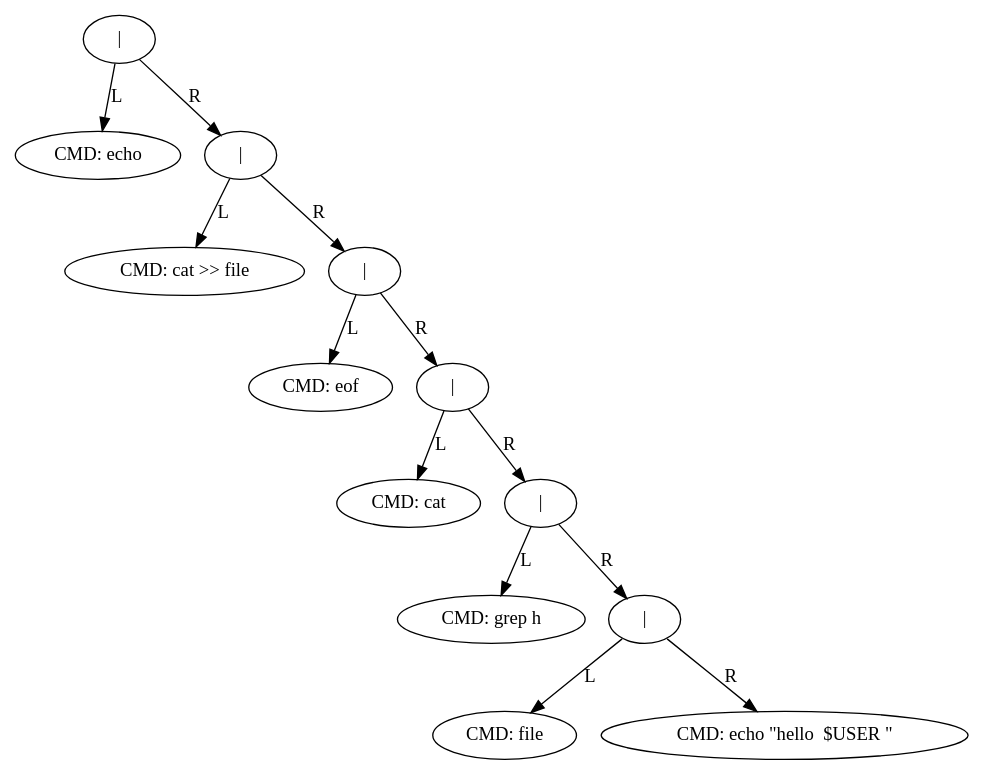
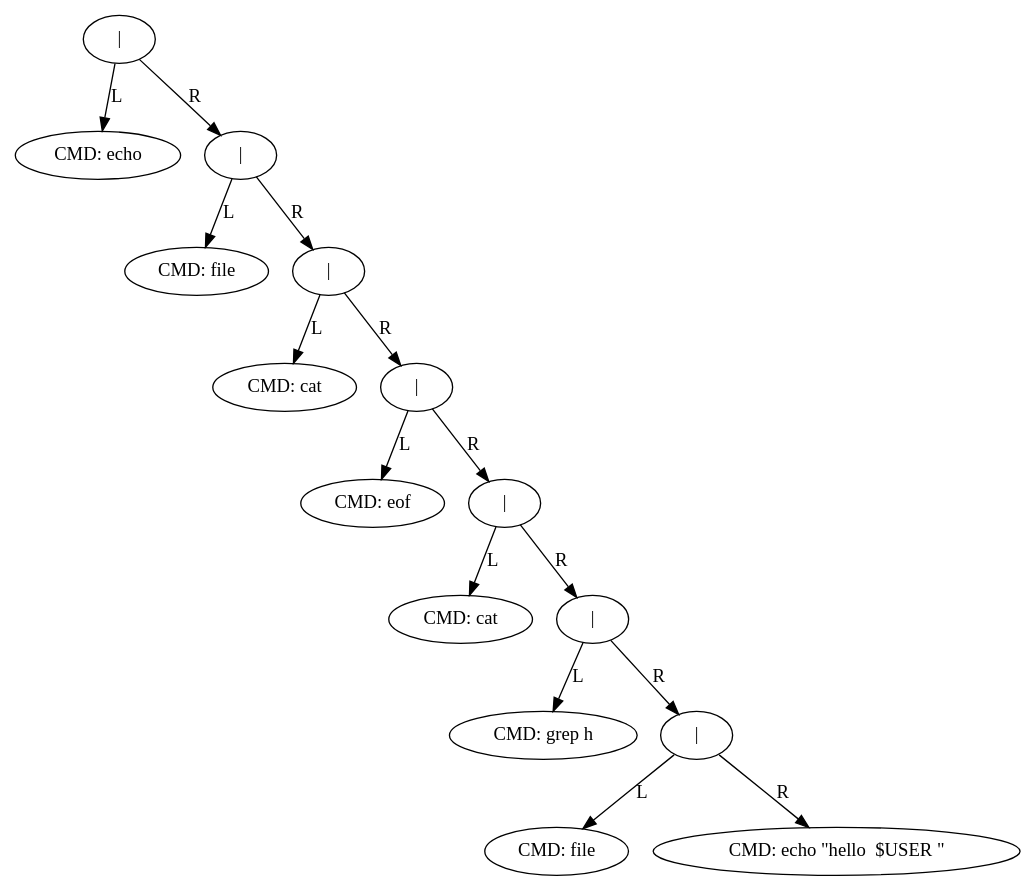
The diagram in ast.dot (elachyry/minishell), drawn with Graphviz before and after one commit. The commit also changed 15 other files, not shown here.

```diff
--- a/ast.dot
+++ b/ast.dot
@@ -1,27 +1,31 @@
 digraph AST {
-"0x6040000009d0" [label="|"];
-"0x6040000009d0" -> "0x604000000950" [label="L"];
-"0x604000000950" [label="CMD: echo"];
-"0x6040000009d0" -> "0x604000000990" [label="R"];
-"0x604000000990" [label="|"];
-"0x604000000990" -> "0x6040000008d0" [label="L"];
-"0x6040000008d0" [label="CMD: cat >> file"];
-"0x604000000990" -> "0x604000000910" [label="R"];
-"0x604000000910" [label="|"];
-"0x604000000910" -> "0x604000000850" [label="L"];
-"0x604000000850" [label="CMD: eof"];
-"0x604000000910" -> "0x604000000890" [label="R"];
-"0x604000000890" [label="|"];
-"0x604000000890" -> "0x6040000007d0" [label="L"];
-"0x6040000007d0" [label="CMD: cat"];
-"0x604000000890" -> "0x604000000810" [label="R"];
 "0x604000000810" [label="|"];
-"0x604000000810" -> "0x604000000750" [label="L"];
-"0x604000000750" [label="CMD: grep h"];
-"0x604000000810" -> "0x604000000790" [label="R"];
-"0x604000000790" [label="|"];
-"0x604000000790" -> "0x604000000710" [label="L"];
+"0x604000000810" -> "0x604000000790" [label="L"];
+"0x604000000790" [label="CMD: echo"];
+"0x604000000810" -> "0x6040000007d0" [label="R"];
+"0x6040000007d0" [label="|"];
+"0x6040000007d0" -> "0x604000000710" [label="L"];
 "0x604000000710" [label="CMD: file"];
-"0x604000000790" -> "0x6040000006d0" [label="R"];
-"0x6040000006d0" [label="CMD: echo \"hello  $USER \""];
+"0x6040000007d0" -> "0x604000000750" [label="R"];
+"0x604000000750" [label="|"];
+"0x604000000750" -> "0x604000000690" [label="L"];
+"0x604000000690" [label="CMD: cat"];
+"0x604000000750" -> "0x6040000006d0" [label="R"];
+"0x6040000006d0" [label="|"];
+"0x6040000006d0" -> "0x604000000610" [label="L"];
+"0x604000000610" [label="CMD: eof"];
+"0x6040000006d0" -> "0x604000000650" [label="R"];
+"0x604000000650" [label="|"];
+"0x604000000650" -> "0x604000000590" [label="L"];
+"0x604000000590" [label="CMD: cat"];
+"0x604000000650" -> "0x6040000005d0" [label="R"];
+"0x6040000005d0" [label="|"];
+"0x6040000005d0" -> "0x604000000510" [label="L"];
+"0x604000000510" [label="CMD: grep h"];
+"0x6040000005d0" -> "0x604000000550" [label="R"];
+"0x604000000550" [label="|"];
+"0x604000000550" -> "0x6040000004d0" [label="L"];
+"0x6040000004d0" [label="CMD: file"];
+"0x604000000550" -> "0x604000000490" [label="R"];
+"0x604000000490" [label="CMD: echo \"hello  $USER \""];
 }
```
